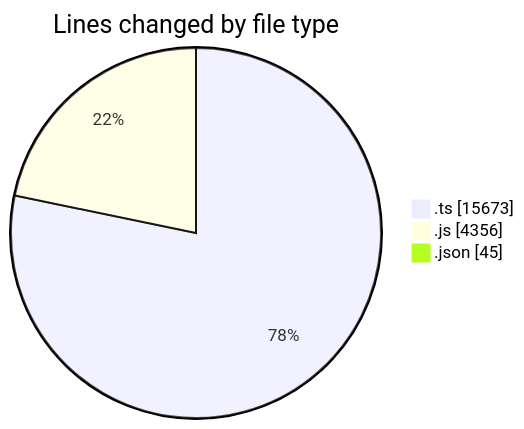
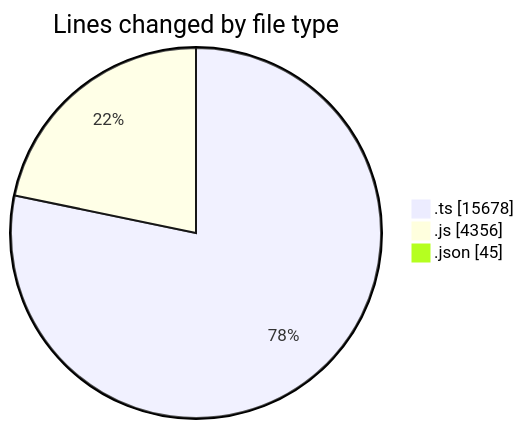
One commit to momahboobian/code-tracking changed the first of 2 diagrams in 2025-07-29/cda/README.md. Above: the diagram before and after it, drawn with Mermaid. The commit also changed other lines of this file and 1 other file, not shown here.

````diff
--- a/2025-07-29/cda/README.md
+++ b/2025-07-29/cda/README.md
@@ -30,7 +30,7 @@
 ```mermaid
 pie showData
 title Lines changed by file type
-".ts" : 15673
+".ts" : 15678
 ".js" : 4356
 ".json" : 45
 ```
````
